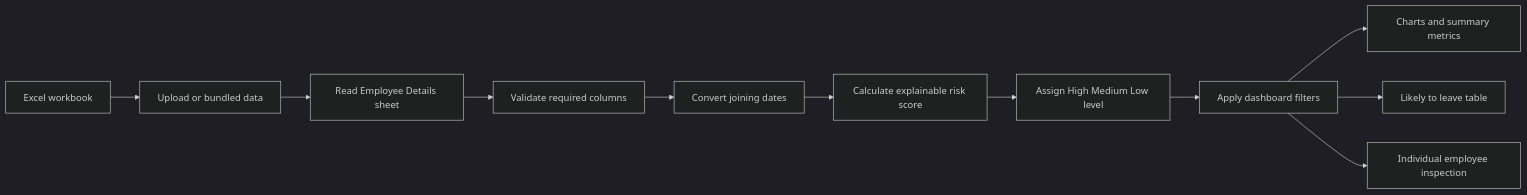
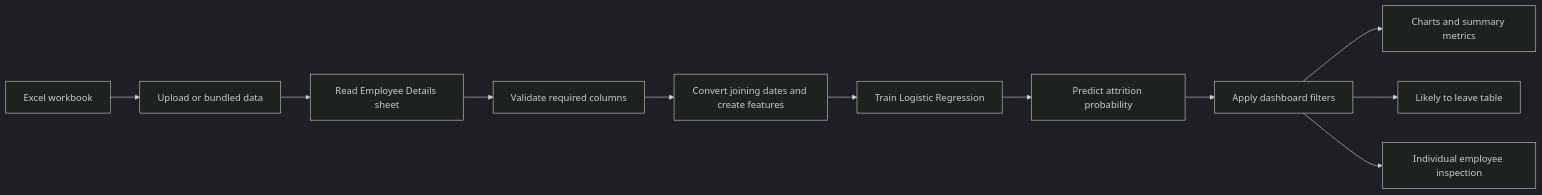
Before and after one commit to Sibyraj1412/Attrition-Prediction-stackly: the first of 2 diagrams in docs/ATTRITION_PROJECT_GUIDE.md, drawn with Mermaid (dark theme). The commit also changed other lines of this file and 4 other files, not shown here.

Commit message:
Implement Logistic Regression attrition dashboard

````diff
--- a/docs/ATTRITION_PROJECT_GUIDE.md
+++ b/docs/ATTRITION_PROJECT_GUIDE.md
@@ -45,13 +43,13 @@
 ```mermaid
 flowchart LR
     A[Excel workbook] --> B[Upload or bundled data]
     B --> C[Read Employee Details sheet]
     C --> D[Validate required columns]
-    D --> E[Convert joining dates]
-    E --> F[Calculate explainable risk score]
-    F --> G[Assign High Medium Low level]
+    D --> E[Convert joining dates and create features]
+    E --> F[Train Logistic Regression]
+    F --> G[Predict attrition probability]
     G --> H[Apply dashboard filters]
     H --> I[Charts and summary metrics]
     H --> J[Likely to leave table]
     H --> K[Individual employee inspection]
 ```
````
